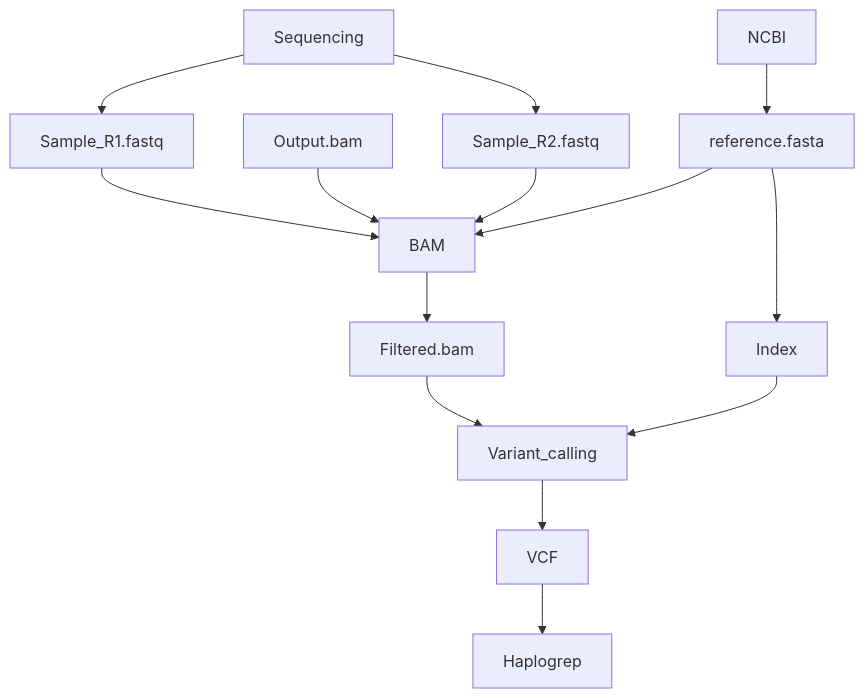
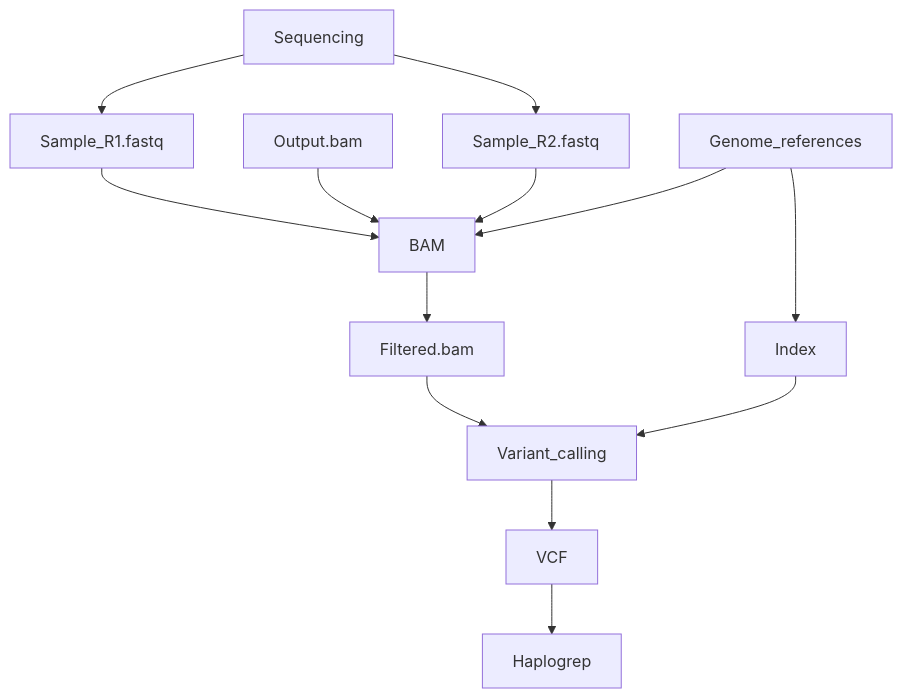
One commit to fchuffar/mitoseq changed the diagram in README.md. Above: the diagram before and after it, drawn with Mermaid. The commit also changed other lines of this file and 8 other files, not shown here.

````diff
--- a/README.md
+++ b/README.md
@@ -65,17 +32,16 @@
 ```mermaid
 graph TD;
 Sequencing-->Sample_R1.fastq;
 Sequencing-->Sample_R2.fastq;
-NCBI-->reference.fasta;
 Sample_R1.fastq-->BAM;
 Output.bam-->BAM;
 Sample_R2.fastq-->BAM;
-reference.fasta-->BAM;
-reference.fasta-->Index;
+Genome_references-->BAM;
+Genome_references-->Index;
 BAM-->Filtered.bam;
 Filtered.bam-->Variant_calling;
 Index-->Variant_calling;
 Variant_calling-->VCF;
 VCF-->Haplogrep
 
 ```
````
